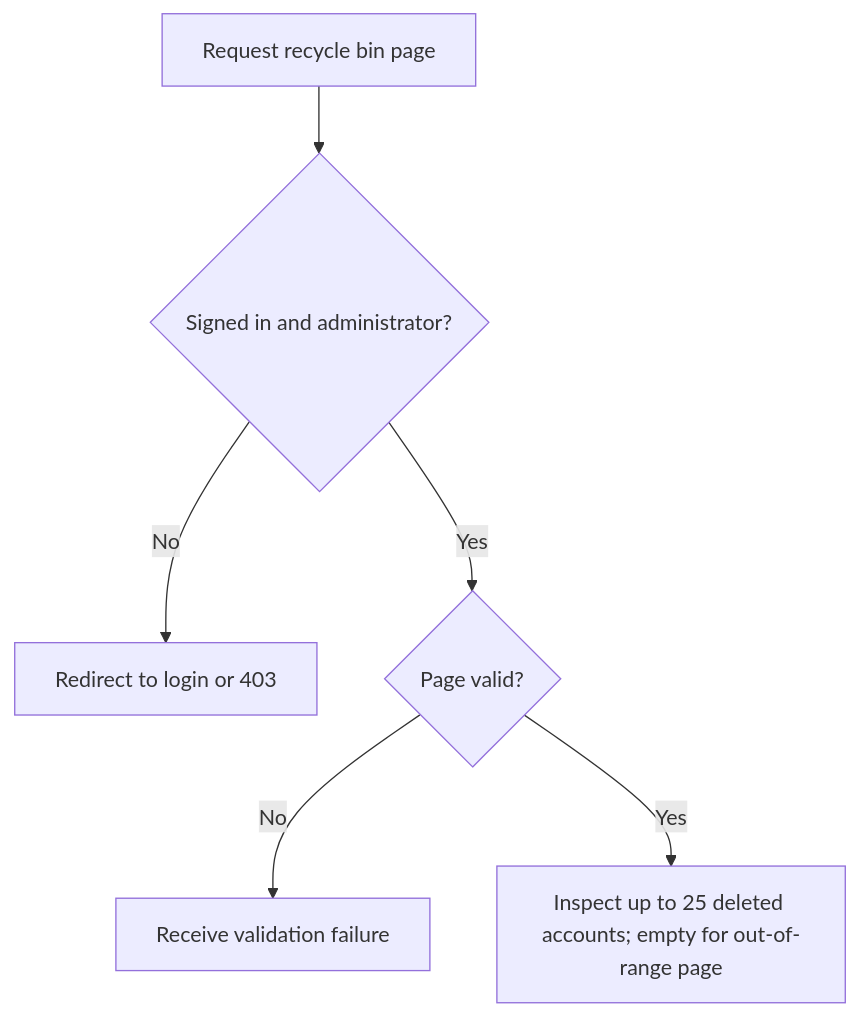
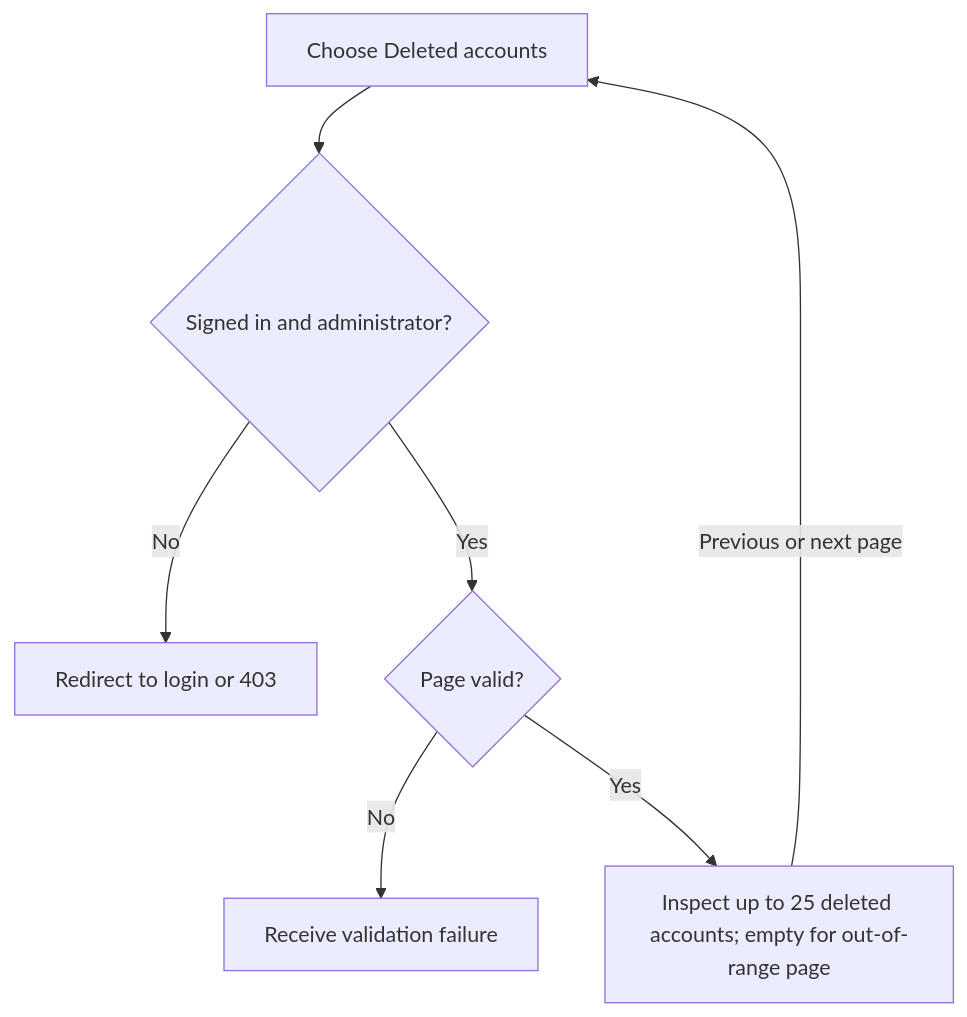
One commit to Kevinjohn/oss-adonisjs-lucid-soft-delete changed the first of 2 diagrams in user-stories/example-apps/us-demo-09-inertia-list.md. Above: the diagram before and after it, drawn with Mermaid. The commit also changed other lines of this file and 18 other files, not shown here.

````diff
--- a/user-stories/example-apps/us-demo-09-inertia-list.md
+++ b/user-stories/example-apps/us-demo-09-inertia-list.md
@@ -20,8 +20,9 @@
 ```mermaid
 flowchart TD
-    A["Request recycle bin page"] --> B{"Signed in and administrator?"}
+    A["Choose Deleted accounts"] --> B{"Signed in and administrator?"}
     B -->|No| C["Redirect to login or 403"]
     B -->|Yes| D{"Page valid?"}
     D -->|No| E["Receive validation failure"]
     D -->|Yes| F["Inspect up to 25 deleted accounts; empty for out-of-range page"]
+    F -->|Previous or next page| A
 ```
````
